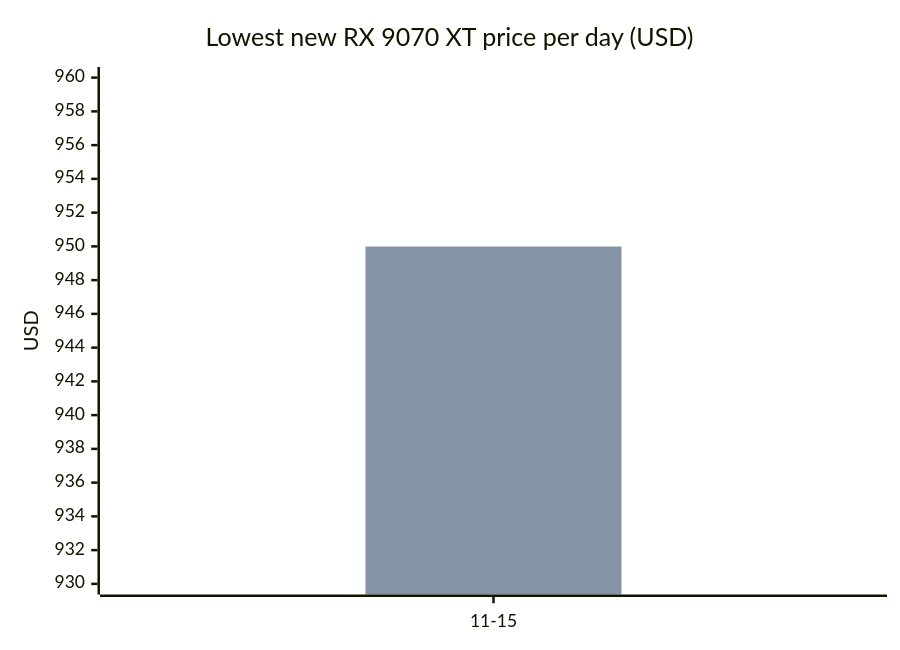
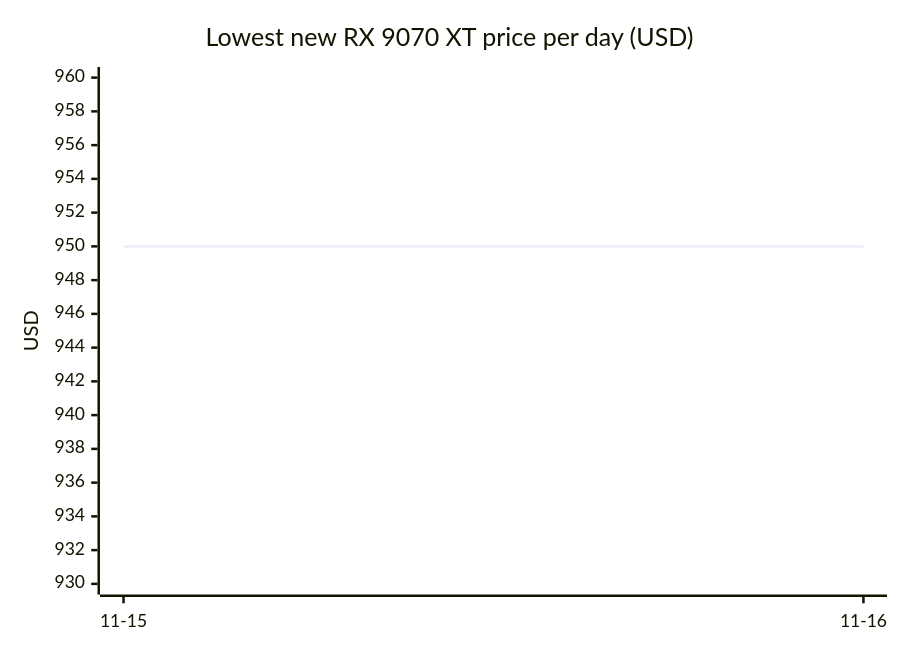
One commit to 7324136828/4tb_ssd_price_watch changed diagram 11 of 16 in README.md. Above: the diagram before and after it, drawn with Mermaid. The commit also changed other lines of this file, not shown here.

````diff
--- a/README.md
+++ b/README.md
@@ -506,8 +590,7 @@
 ```mermaid
 xychart-beta
     title "Lowest new RX 9070 XT price per day (USD)"
-    x-axis ["11-15"]
+    x-axis ["11-15", "11-16"]
     y-axis "USD" 930 --> 960
-    line [949.99]
-    bar [949.99]
+    line [949.99, 949.99]
 ```
````
